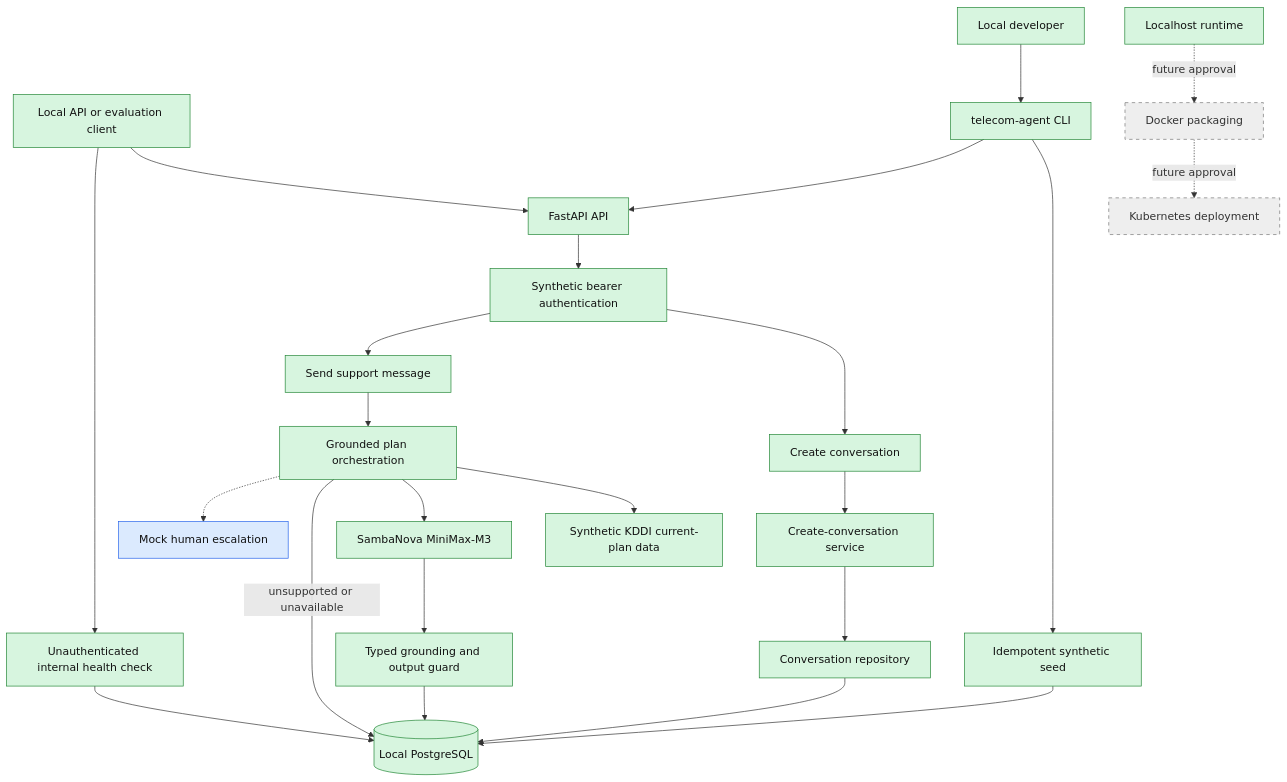
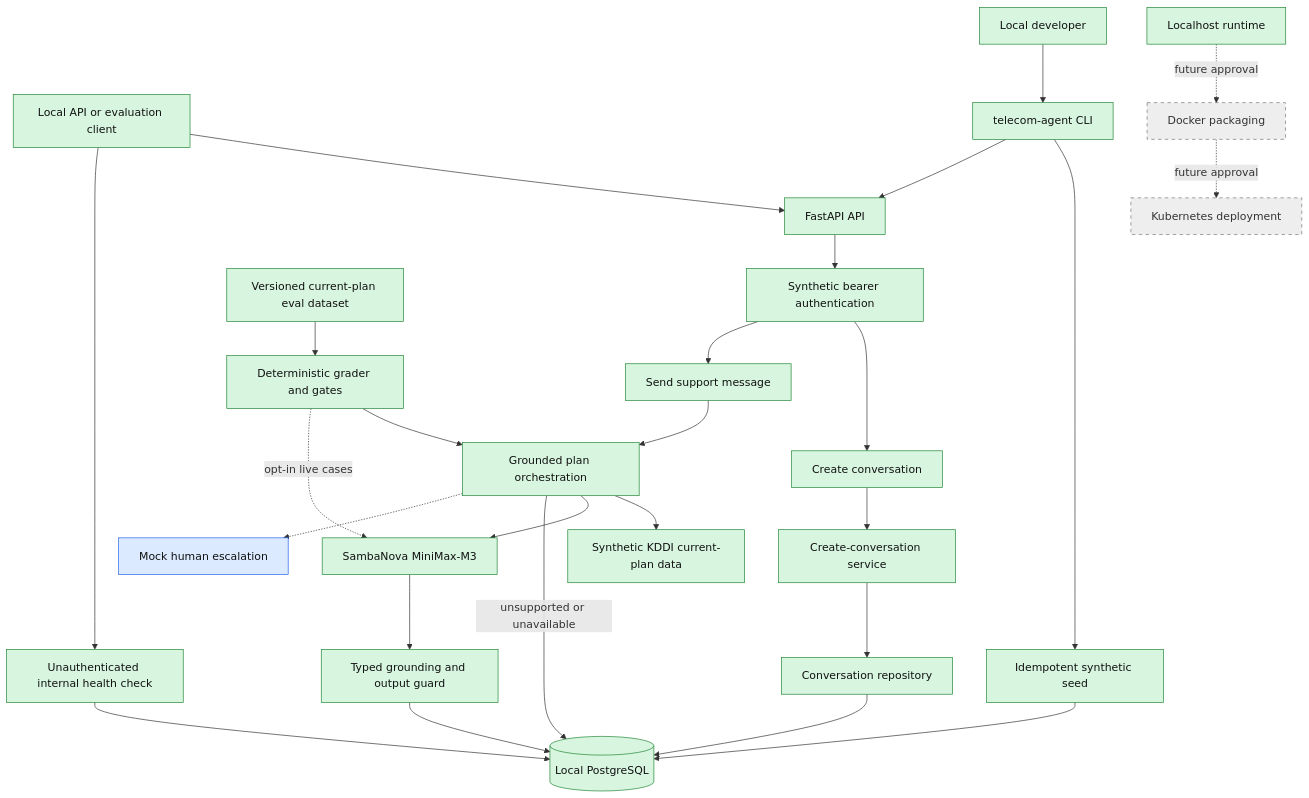
One commit to reggie-lu/codex-telecom-agent-workspace changed the diagram in docs/ARCHITECTURE.md. Above: the diagram before and after it, drawn with Mermaid. The commit also changed other lines of this file and 13 other files, not shown here.

Commit message:
Add current plan evaluation baseline

````diff
--- a/docs/ARCHITECTURE.md
+++ b/docs/ARCHITECTURE.md
@@ -170,37 +170,42 @@
 ```mermaid
 flowchart TB
     Client[Local API or evaluation client] --> API[FastAPI API]
     API --> Auth[Synthetic bearer authentication]
     Client --> Health[Unauthenticated internal health check]
     Health --> DB
 
     Developer[Local developer] --> CLI[telecom-agent CLI]
     CLI --> Seed[Idempotent synthetic seed]
     Seed --> DB
     CLI --> API
 
     Auth --> Create[Create conversation]
     Create --> ConversationService[Create-conversation service]
     ConversationService --> ConversationRepo[Conversation repository]
     ConversationRepo --> DB[(Local PostgreSQL)]
 
     Auth --> Message[Send support message]
     Message --> Support[Grounded plan orchestration]
     Support --> KDDI[Synthetic KDDI current-plan data]
     Support --> Model[SambaNova MiniMax-M3]
     Model --> Guard[Typed grounding and output guard]
     Guard --> DB
     Support -->|unsupported or unavailable| DB
     Support -.-> Escalation[Mock human escalation]
 
+    Dataset[Versioned current-plan eval dataset] --> Eval[Deterministic grader and gates]
+    Eval --> Support
+    Eval -. opt-in live cases .-> Model
+
     Local[Localhost runtime] -. future approval .-> Docker[Docker packaging]
     Docker -. future approval .-> K8s[Kubernetes deployment]
 
     classDef implemented fill:#d7f5df,stroke:#238636,color:#111
     classDef agreed fill:#dbeafe,stroke:#2563eb,color:#111
     classDef deferred fill:#eeeeee,stroke:#777,color:#333,stroke-dasharray:5 5
 
     class Client,API,Auth,Health,Developer,CLI,Seed,Create,ConversationService,ConversationRepo,Message,Support,KDDI,Guard,Model,DB,Local implemented
     class Escalation agreed
+    class Dataset,Eval implemented
     class Docker,K8s deferred
 ```
````
